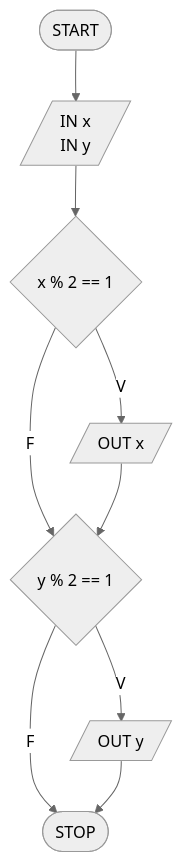
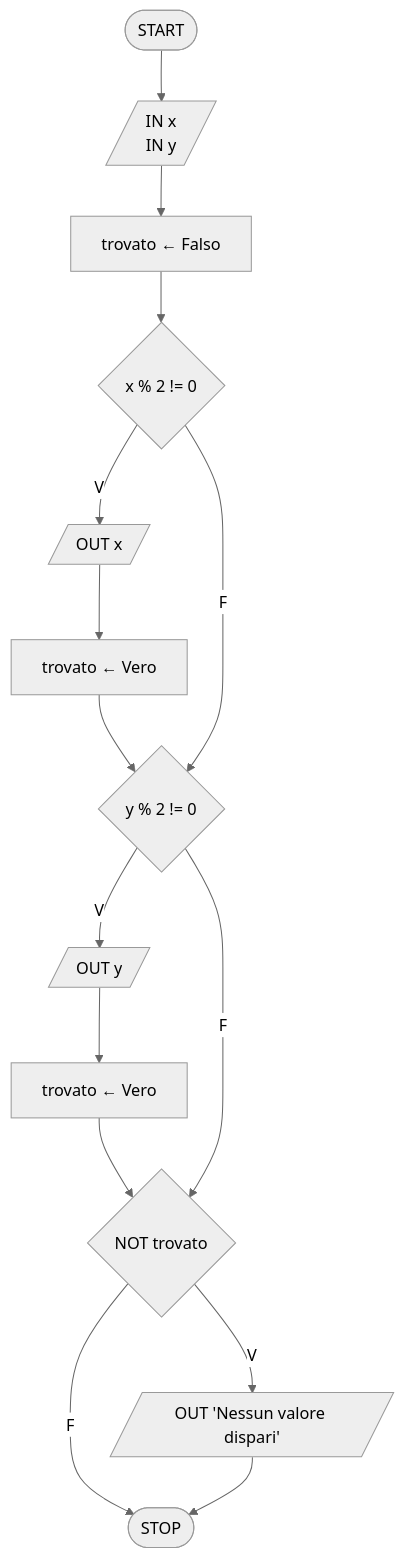
One commit to pg-laboratorio/flowcharts_laboratorio_esercizi changed the tenth of 28 diagrams in flowcharts_soluzioni.md. Above: the diagram before and after it, drawn with Mermaid (neutral theme). The commit also changed other lines of this file, not shown here.

````diff
--- a/flowcharts_soluzioni.md
+++ b/flowcharts_soluzioni.md
@@ -194,12 +202,17 @@
 ```mermaid
 graph TD
-    START([START]) --> INPUT[/IN x<br>IN y/]
-    INPUT --> CHK_X{"x % 2 == 1"}
-    CHK_X -- V --> OUT_X[/OUT x/]
-    CHK_X -- F --> CHK_Y{"y % 2 == 1"}
-    OUT_X --> CHK_Y
-    CHK_Y -- V --> OUT_Y[/OUT y/]
-    CHK_Y -- F --> STOP([STOP])
-    OUT_Y --> STOP
-
+    START([START]) --> INPUT[/"IN x<br>IN y"/]
+    INPUT --> INIT["trovato ← Falso"]
+    INIT --> CX{"x % 2 != 0"}
+    CX -- V --> OX[/"OUT x"/]
+    OX --> TX["trovato ← Vero"]
+    TX --> CY{"y % 2 != 0"}
+    CX -- F --> CY
+    CY -- V --> OY[/"OUT y"/]
+    OY --> TY["trovato ← Vero"]
+    TY --> CF{"NOT trovato"}
+    CY -- F --> CF
+    CF -- V --> ON[/"OUT 'Nessun valore dispari'"/]
+    CF -- F --> STOP([STOP])
+    ON --> STOP
 ```
````
